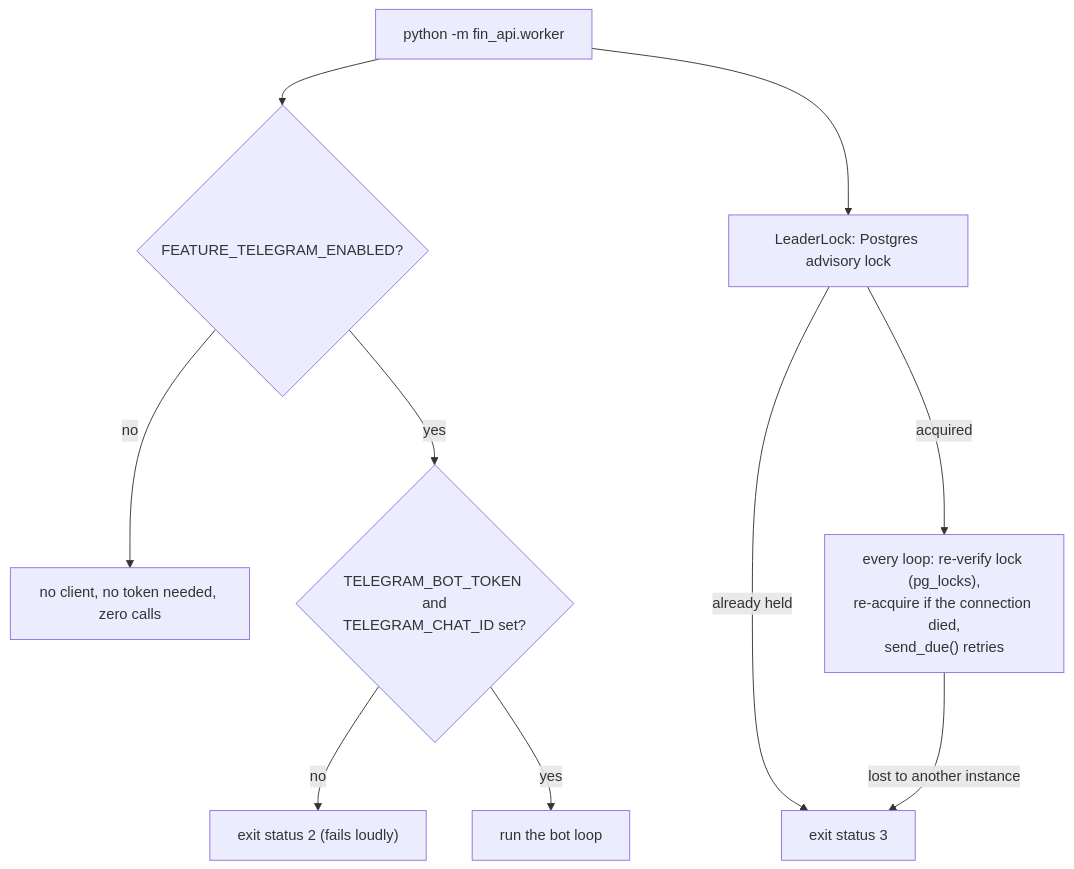
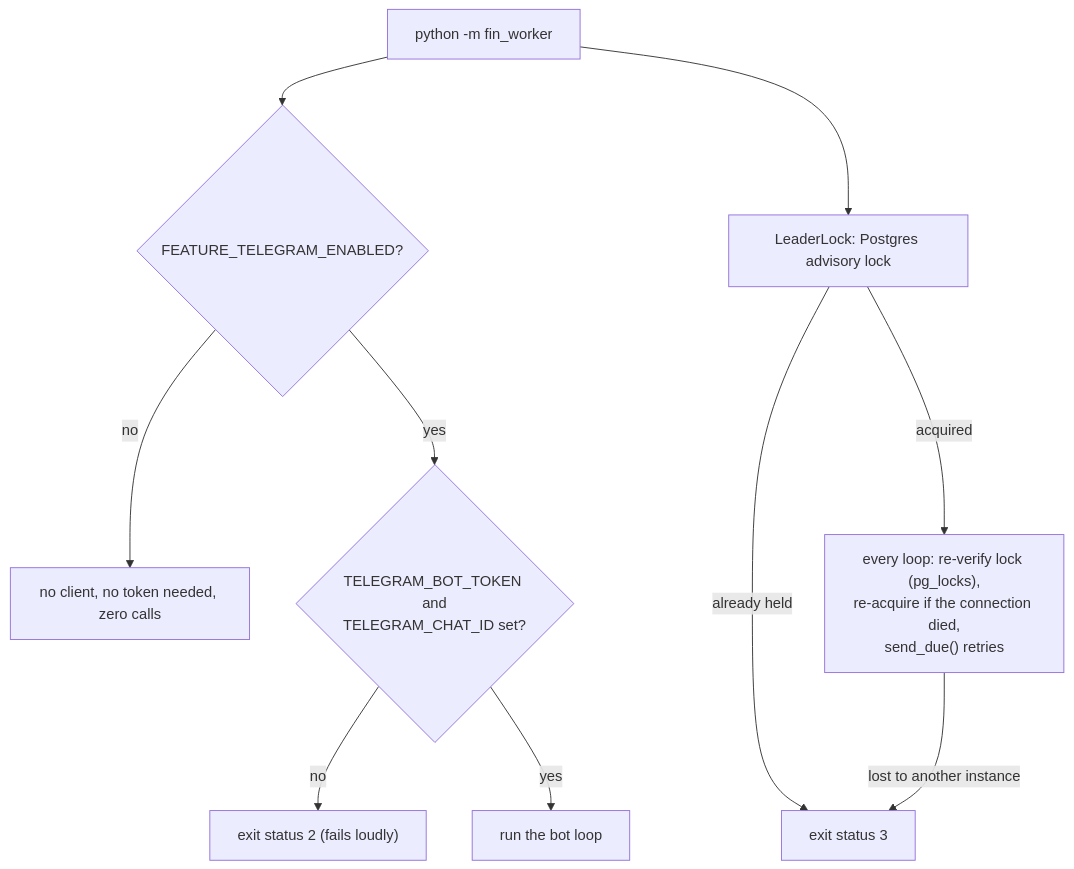
The sixth of 6 diagrams in docs/architecture/05-signals-and-alerts.md (festei/fin_app), drawn with Mermaid before and after one commit. The commit also changed 77 other files, not shown here.

````diff
--- a/docs/architecture/05-signals-and-alerts.md
+++ b/docs/architecture/05-signals-and-alerts.md
@@ -115,12 +115,12 @@
 ```mermaid
 flowchart TB
-  start["python -m fin_api.worker"] --> cfg{"FEATURE_TELEGRAM_ENABLED?"}
+  start["python -m fin_worker"] --> cfg{"FEATURE_TELEGRAM_ENABLED?"}
   cfg -->|no| off["no client, no token needed, zero calls"]
   cfg -->|yes| chk{"TELEGRAM_BOT_TOKEN and<br/>TELEGRAM_CHAT_ID set?"}
   chk -->|no| exit2["exit status 2 (fails loudly)"]
   chk -->|yes| bot["run the bot loop"]
   start --> lock["LeaderLock: Postgres advisory lock"]
   lock -->|already held| exit3["exit status 3"]
   lock -->|acquired| loop["every loop: re-verify lock (pg_locks),<br/>re-acquire if the connection died,<br/>send_due() retries"]
   loop -->|lost to another instance| exit3
 ```
````
